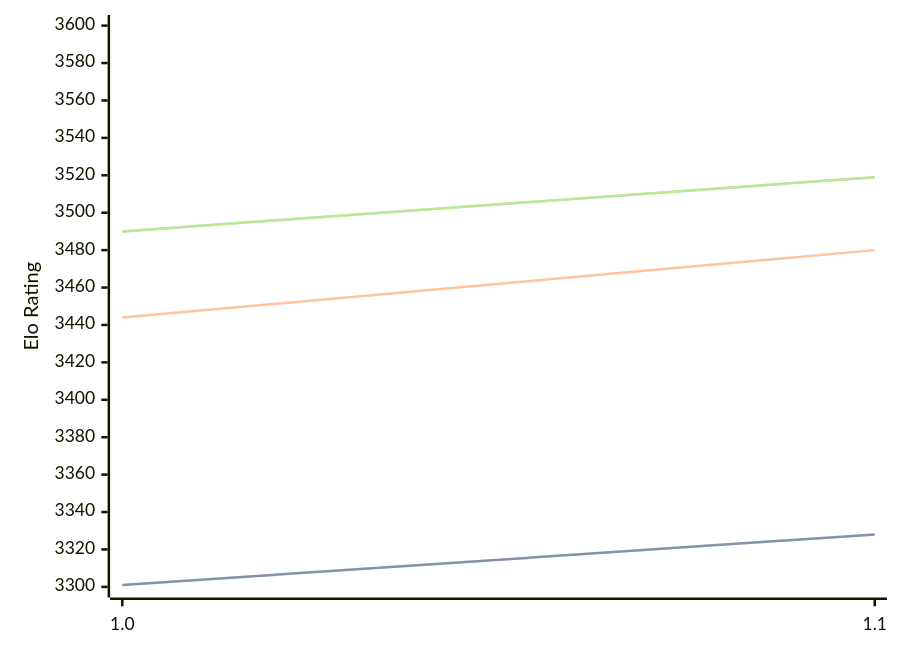
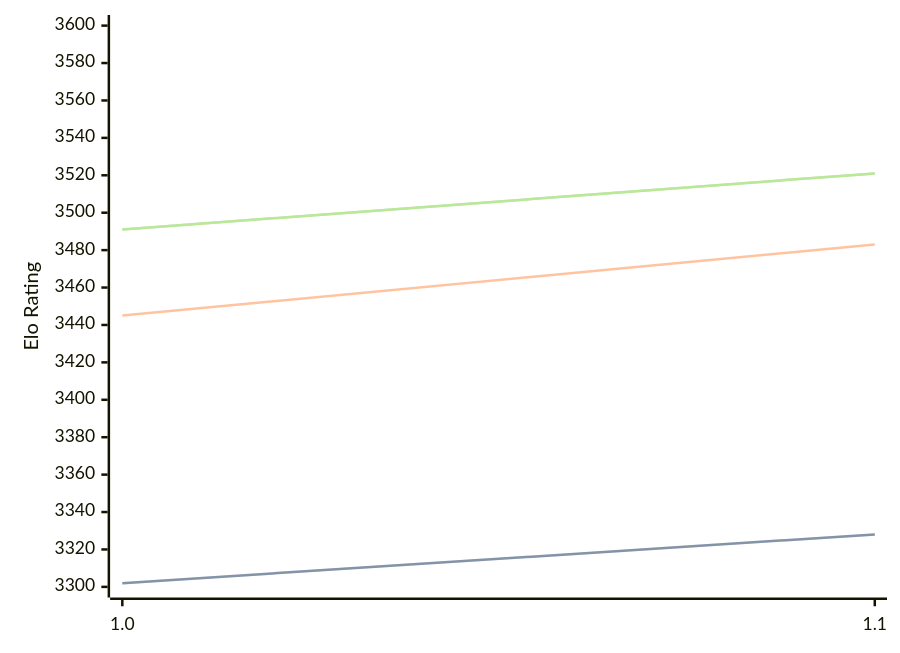
Before and after one commit to computer-chess-index/cci: the third of 3 diagrams in engines/Icarus.md, drawn with Mermaid. The commit also changed other lines of this file, not shown here.

Commit message:
Update CCI Ratings (ELO VLTC) - 2026-07-02

````diff
--- a/engines/Icarus.md
+++ b/engines/Icarus.md
@@ -65,11 +65,11 @@
 ```mermaid
 %%{init: {"theme":"base","themeVariables":{"seriesColors:['#a3a3a3','#222221','#faa371']}}}%%
 xychart-beta
   x-axis ["1.0", "1.1"]
   y-axis "Elo Rating" 3300 --> 3600
-  line "STC (8.0+0.08s)" [3301, 3328]
-  line "STC (8.0+0.08s)" [3301, 3328]
-  line "LTC (60.0+0.60s)" [3444, 3480]
-  line "VLTC (2m24s+1.12s)" [3490, 3519]
-  line "VLTC (2m24s+1.12s)" [3490, 3519]
+  line "STC (8.0+0.08s)" [3302, 3328]
+  line "STC (8.0+0.08s)" [3302, 3328]
+  line "LTC (60.0+0.60s)" [3445, 3483]
+  line "VLTC (2m24s+1.12s)" [3491, 3521]
+  line "VLTC (2m24s+1.12s)" [3491, 3521]
 ```
````
